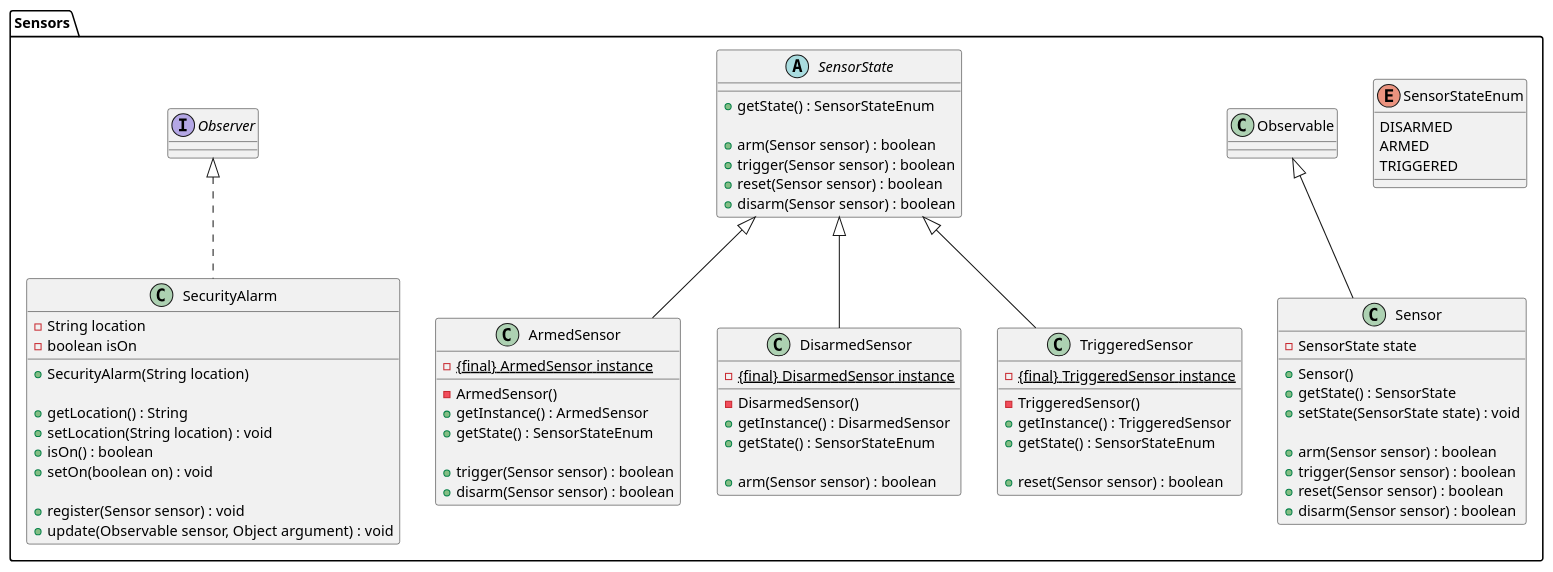
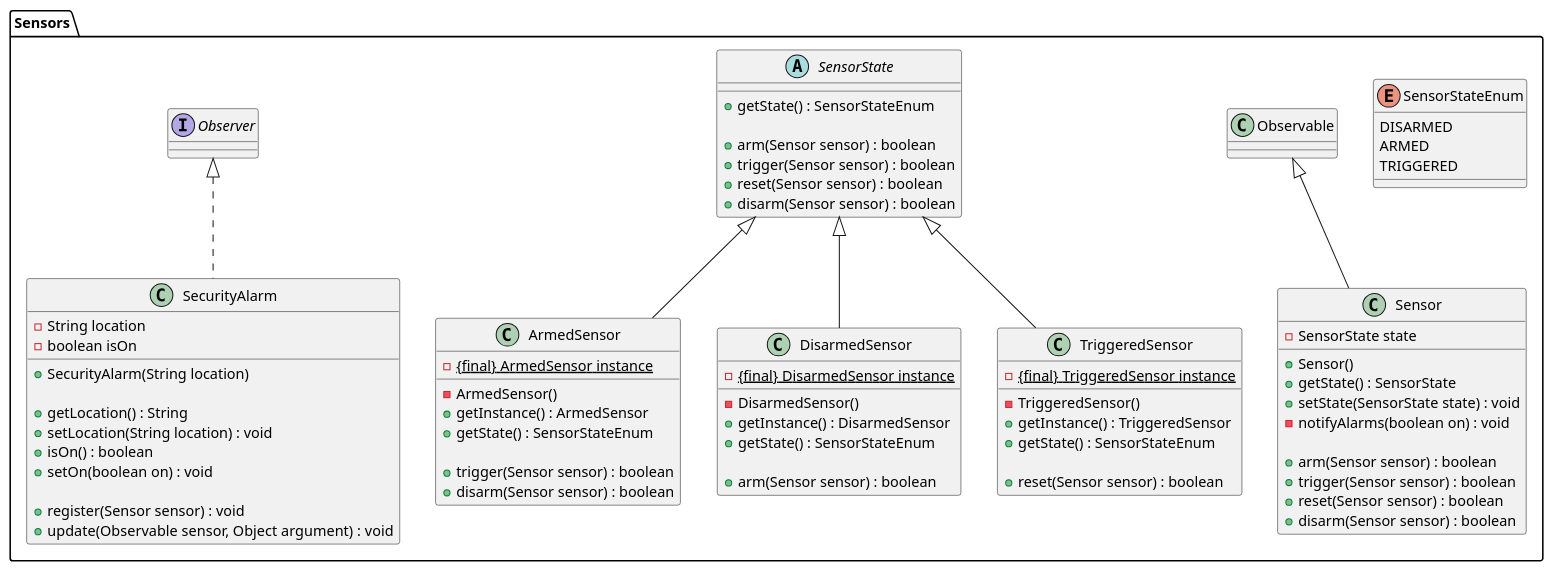
The diagram in src/main/java/assignments/sensors/ClassDiagram.puml (gabdumal/dcc078), drawn with PlantUML before and after one commit. The commit also changed 2 other files, not shown here.

```diff
--- a/src/main/java/assignments/sensors/ClassDiagram.puml
+++ b/src/main/java/assignments/sensors/ClassDiagram.puml
@@ -1,84 +1,85 @@
 @startuml
 'https://plantuml.com/class-diagram
 
 'left to right direction
 
 package sensors_package as "Sensors" {
 
 enum SensorStateEnum {
     DISARMED
     ARMED
     TRIGGERED
 }
 
 class Sensor extends Observable {
     - SensorState state
 
     + Sensor()
     + getState() : SensorState
     + setState(SensorState state) : void
+    - notifyAlarms(boolean on) : void
 
     + arm(Sensor sensor) : boolean
     + trigger(Sensor sensor) : boolean
     + reset(Sensor sensor) : boolean
     + disarm(Sensor sensor) : boolean
 }
 
 abstract class SensorState {
     + getState() : SensorStateEnum
 
     + arm(Sensor sensor) : boolean
     + trigger(Sensor sensor) : boolean
     + reset(Sensor sensor) : boolean
     + disarm(Sensor sensor) : boolean
 }
 
 class ArmedSensor extends SensorState {
     - {static} {final} ArmedSensor instance
 
     - ArmedSensor()
     + getInstance() : ArmedSensor
     + getState() : SensorStateEnum
 
     + trigger(Sensor sensor) : boolean
     + disarm(Sensor sensor) : boolean
 }
 
 class DisarmedSensor extends SensorState {
     - {static} {final} DisarmedSensor instance
 
     - DisarmedSensor()
     + getInstance() : DisarmedSensor
     + getState() : SensorStateEnum
 
     + arm(Sensor sensor) : boolean
 }
 
 class TriggeredSensor extends SensorState {
     - {static} {final} TriggeredSensor instance
 
     - TriggeredSensor()
     + getInstance() : TriggeredSensor
     + getState() : SensorStateEnum
 
     + reset(Sensor sensor) : boolean
 }
 
 class SecurityAlarm implements Observer {
     - String location
     - boolean isOn
 
     + SecurityAlarm(String location)
 
     + getLocation() : String
     + setLocation(String location) : void
     + isOn() : boolean
     + setOn(boolean on) : void
 
     + register(Sensor sensor) : void
     + update(Observable sensor, Object argument) : void
 }
 
 }
 
 @enduml
```
